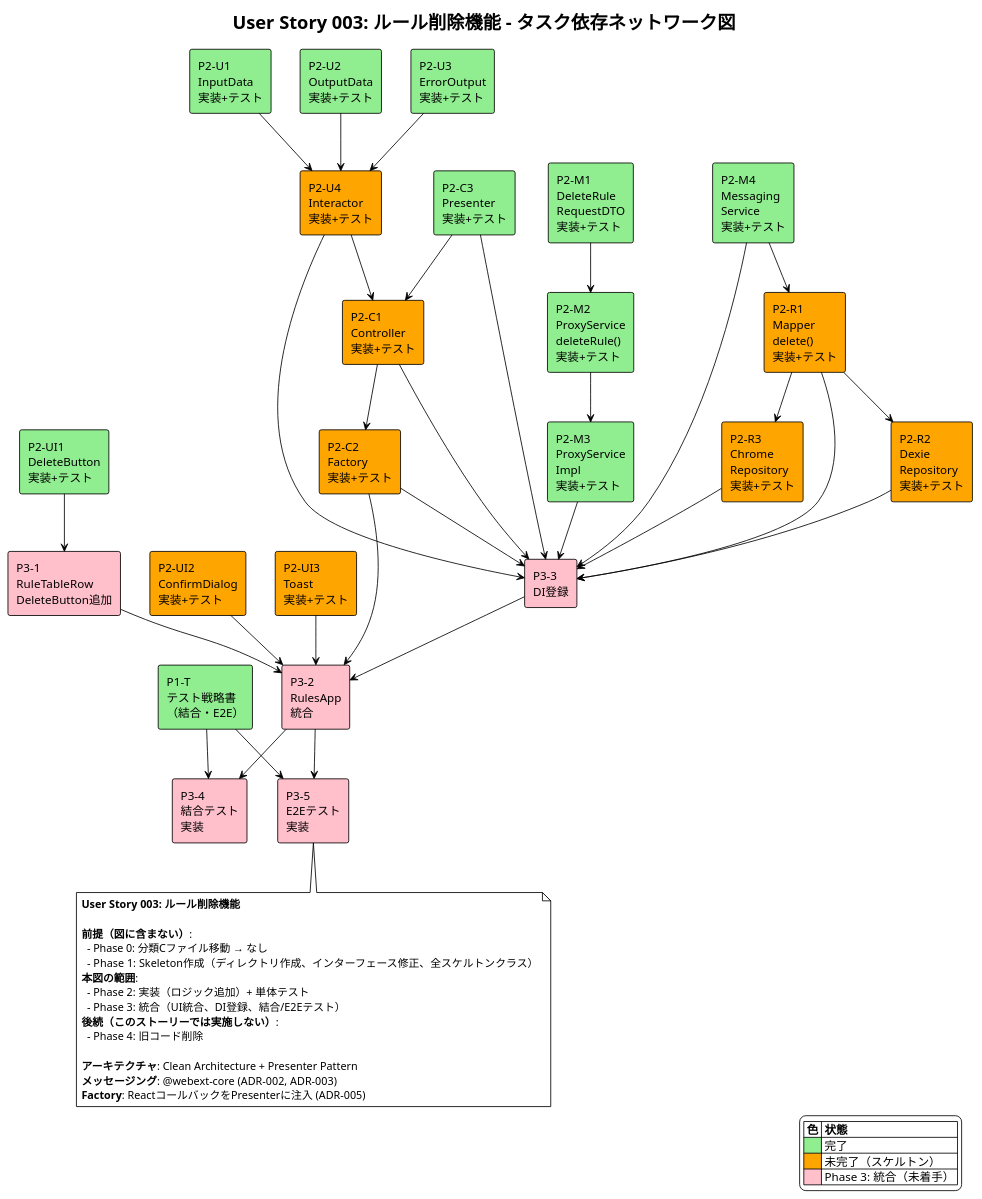
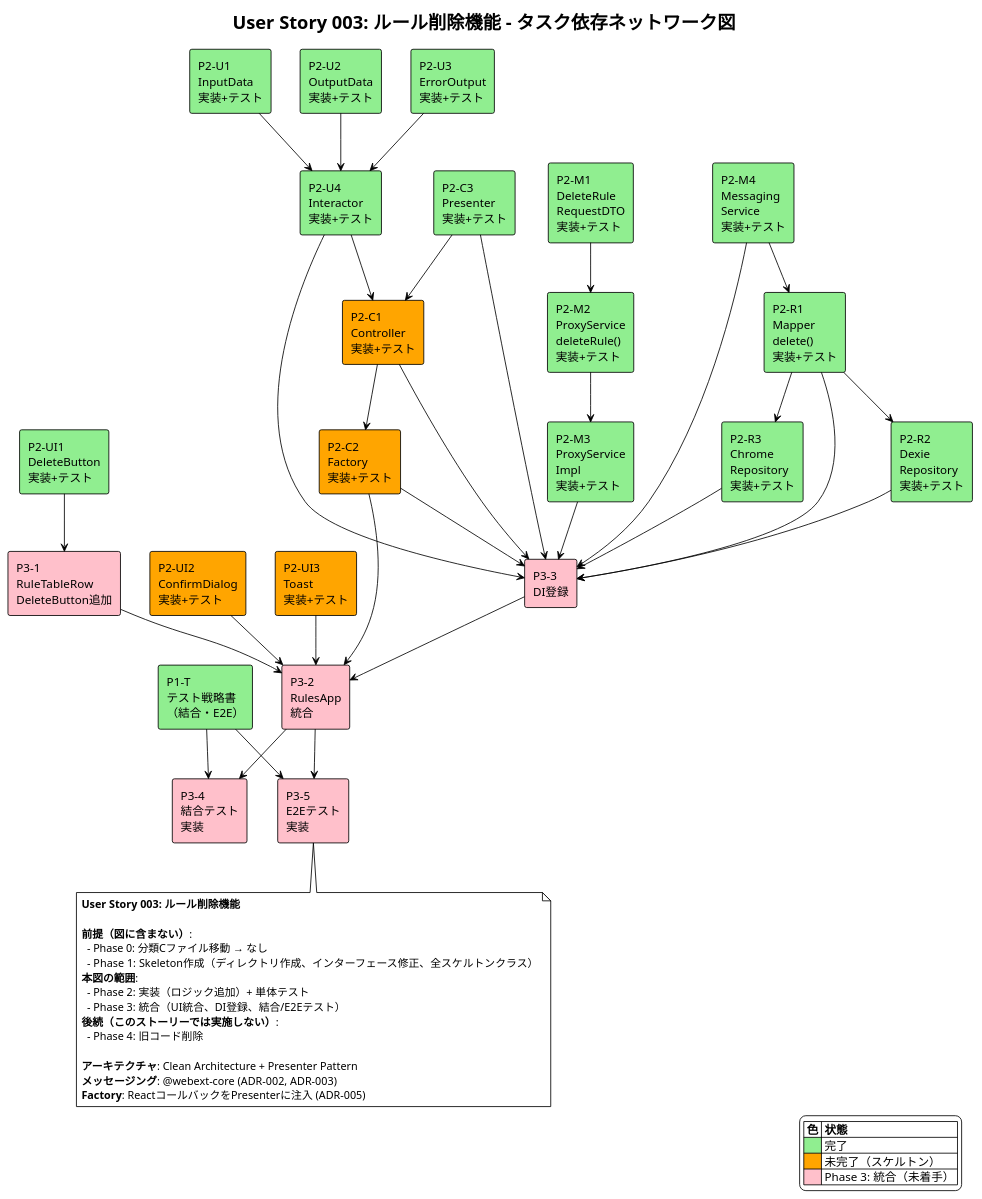
Before and after one commit to akAredminEogre/frog-frame-front: the diagram in docs/user-stories/user-story-003/network-diagram.puml, drawn with PlantUML. The commit also changed 1 other file, not shown here.

Commit message:
docs: mark P2-U4 Interactor as completed in user-story-003
- Update README.md: mark DeleteRuleInteractor task as complete
- Update network-diagram.puml:
  - P2-U4 (Interactor) → lightgreen
  - P2-R1 (Mapper) → lightgreen (sync with README)
  - P2-R2 (Dexie) → lightgreen (sync with README)
  - P2-R3 (Chrome) → lightgreen (sync with README)

```diff
--- a/docs/user-stories/user-story-003/network-diagram.puml
+++ b/docs/user-stories/user-story-003/network-diagram.puml
@@ -1,103 +1,103 @@
 @startuml user-story-003-network-diagram
 !theme plain
 title User Story 003: ルール削除機能 - タスク依存ネットワーク図
 
 ' Phase 1: テスト戦略書
 rectangle "P1-T\nテスト戦略書\n（結合・E2E）" as testStrategy #lightgreen
 
 ' Phase 2: 実装 - メッセージング
 rectangle "P2-M1\nDeleteRule\nRequestDTO\n実装+テスト" as requestDtoImpl #lightgreen
 rectangle "P2-M2\nProxyService\ndeleteRule()\n実装+テスト" as proxyImpl #lightgreen
 rectangle "P2-M3\nProxyService\nImpl\n実装+テスト" as proxyImplImpl #lightgreen
 rectangle "P2-M4\nMessaging\nService\n実装+テスト" as msgImpl #lightgreen
 
 ' Phase 2: 実装 - Mapper/Repository
-rectangle "P2-R1\nMapper\ndelete()\n実装+テスト" as mapperImpl #orange
-rectangle "P2-R2\nDexie\nRepository\n実装+テスト" as dexieImpl #orange
-rectangle "P2-R3\nChrome\nRepository\n実装+テスト" as chromeImpl #orange
+rectangle "P2-R1\nMapper\ndelete()\n実装+テスト" as mapperImpl #lightgreen
+rectangle "P2-R2\nDexie\nRepository\n実装+テスト" as dexieImpl #lightgreen
+rectangle "P2-R3\nChrome\nRepository\n実装+テスト" as chromeImpl #lightgreen
 
 ' Phase 2: 実装 - UseCase
 rectangle "P2-U1\nInputData\n実装+テスト" as inputImpl #lightgreen
 rectangle "P2-U2\nOutputData\n実装+テスト" as outputImpl #lightgreen
 rectangle "P2-U3\nErrorOutput\n実装+テスト" as errorImpl #lightgreen
-rectangle "P2-U4\nInteractor\n実装+テスト" as interactorImpl #orange
+rectangle "P2-U4\nInteractor\n実装+テスト" as interactorImpl #lightgreen
 
 ' Phase 2: 実装 - Controller/Presenter
 rectangle "P2-C1\nController\n実装+テスト" as controllerImpl #orange
 rectangle "P2-C2\nFactory\n実装+テスト" as factoryImpl #orange
 rectangle "P2-C3\nPresenter\n実装+テスト" as presenterImpl #lightgreen
 
 ' Phase 2: 実装 - UI
 rectangle "P2-UI1\nDeleteButton\n実装+テスト" as deleteBtnImpl #lightgreen
 rectangle "P2-UI2\nConfirmDialog\n実装+テスト" as confirmImpl #orange
 rectangle "P2-UI3\nToast\n実装+テスト" as toastImpl #orange
 
 ' Phase 3: 統合
 rectangle "P3-1\nRuleTableRow\nDeleteButton追加" as tableRowInteg #pink
 rectangle "P3-2\nRulesApp\n統合" as rulesAppInteg #pink
 rectangle "P3-3\nDI登録" as diReg #pink
 rectangle "P3-4\n結合テスト\n実装" as integrationTest #pink
 rectangle "P3-5\nE2Eテスト\n実装" as e2eTest #pink
 
 ' 依存関係: Phase 2 内部
 requestDtoImpl --> proxyImpl
 proxyImpl --> proxyImplImpl
 msgImpl --> mapperImpl
 mapperImpl --> dexieImpl
 mapperImpl --> chromeImpl
 inputImpl --> interactorImpl
 outputImpl --> interactorImpl
 errorImpl --> interactorImpl
 interactorImpl --> controllerImpl
 presenterImpl --> controllerImpl
 controllerImpl --> factoryImpl
 
 ' 依存関係: Phase 2 → Phase 3
 deleteBtnImpl --> tableRowInteg
 tableRowInteg --> rulesAppInteg
 confirmImpl --> rulesAppInteg
 toastImpl --> rulesAppInteg
 factoryImpl --> rulesAppInteg
 controllerImpl --> diReg
 presenterImpl --> diReg
 factoryImpl --> diReg
 interactorImpl --> diReg
 proxyImplImpl --> diReg
 msgImpl --> diReg
 mapperImpl --> diReg
 dexieImpl --> diReg
 chromeImpl --> diReg
 diReg --> rulesAppInteg
 
 ' 依存関係: テスト
 testStrategy --> integrationTest
 testStrategy --> e2eTest
 rulesAppInteg --> integrationTest
 rulesAppInteg --> e2eTest
 
 ' 凡例
 legend right
   |= 色 |= 状態 |
   | <#lightgreen> | 完了 |
   | <#orange> | 未完了（スケルトン） |
   | <#pink> | Phase 3: 統合（未着手） |
 endlegend
 
 note bottom
 **User Story 003: ルール削除機能**
 
 **前提（図に含まない）**:
   - Phase 0: 分類Cファイル移動 → なし
   - Phase 1: Skeleton作成（ディレクトリ作成、インターフェース修正、全スケルトンクラス）
 **本図の範囲**:
   - Phase 2: 実装（ロジック追加）+ 単体テスト
   - Phase 3: 統合（UI統合、DI登録、結合/E2Eテスト）
 **後続（このストーリーでは実施しない）**:
   - Phase 4: 旧コード削除
 
 **アーキテクチャ**: Clean Architecture + Presenter Pattern
 **メッセージング**: @webext-core (ADR-002, ADR-003)
 **Factory**: ReactコールバックをPresenterに注入 (ADR-005)
 end note
 
 @enduml
```
